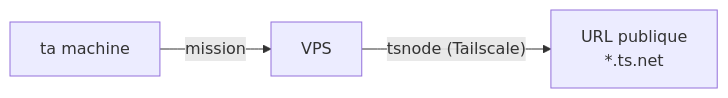
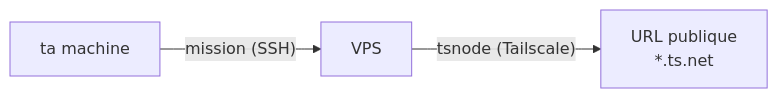
One commit to jeanloupdb/thedev changed the second of 2 diagrams in README.md. Above: the diagram before and after it, drawn with Mermaid. The commit also changed other lines of this file, not shown here.

````diff
--- a/README.md
+++ b/README.md
@@ -20,5 +65,5 @@
 ```mermaid
 flowchart LR
-  A["ta machine"] -->|"mission"| B["VPS"]
+  A["ta machine"] -->|"mission (SSH)"| B["VPS"]
   B -->|"tsnode (Tailscale)"| U["URL publique<br/>*.ts.net"]
 ```
````
